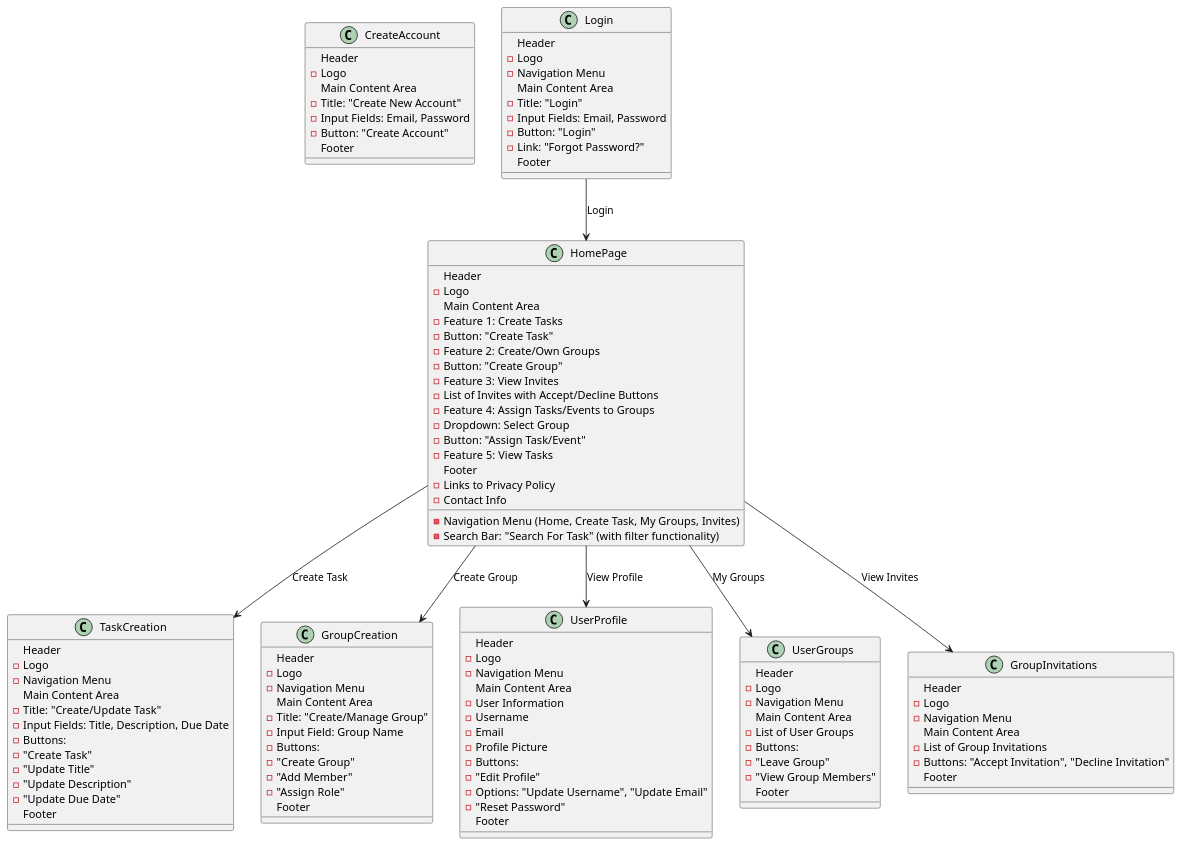
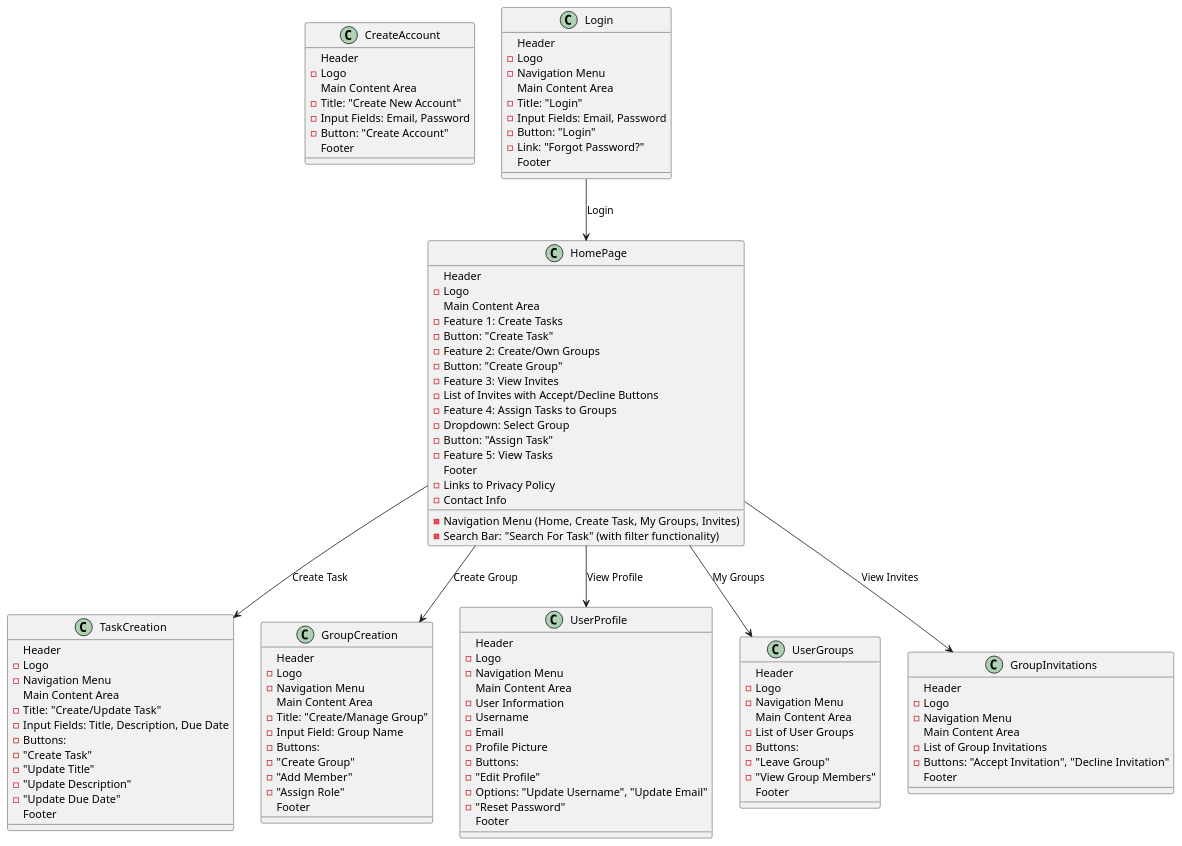
Before and after one commit to OmerEgeOzyaba/CSCI3100-project: the diagram in documentation/Design_Implementation/user_interface.puml, drawn with PlantUML.

```diff
--- a/documentation/Design_Implementation/user_interface.puml
+++ b/documentation/Design_Implementation/user_interface.puml
@@ -1,118 +1,118 @@
 @startuml
 class CreateAccount {
   Header
   - Logo
   Main Content Area
   - Title: "Create New Account"
   - Input Fields: Email, Password
   - Button: "Create Account"
   Footer
 }
 
 class Login {
   Header
   - Logo
   - Navigation Menu
   Main Content Area
   - Title: "Login"
   - Input Fields: Email, Password
   - Button: "Login"
   - Link: "Forgot Password?"
   Footer
 }
 
 class HomePage {
   Header
   - Logo
   - Navigation Menu (Home, Create Task, My Groups, Invites)
   Main Content Area
   - Feature 1: Create Tasks
     - Button: "Create Task"
   - Feature 2: Create/Own Groups
     - Button: "Create Group"
   - Feature 3: View Invites
     - List of Invites with Accept/Decline Buttons
-  - Feature 4: Assign Tasks/Events to Groups
+  - Feature 4: Assign Tasks to Groups
     - Dropdown: Select Group
-    - Button: "Assign Task/Event"
+    - Button: "Assign Task"
   - Feature 5: View Tasks
     - Search Bar: "Search For Task" (with filter functionality)
   Footer
   - Links to Privacy Policy
   - Contact Info
 }
 
 class TaskCreation {
   Header
   - Logo
   - Navigation Menu
   Main Content Area
   - Title: "Create/Update Task"
   - Input Fields: Title, Description, Due Date
   - Buttons:
     - "Create Task"
     - "Update Title"
     - "Update Description"
     - "Update Due Date"
   Footer
 }
 
 class GroupCreation {
   Header
   - Logo
   - Navigation Menu
   Main Content Area
   - Title: "Create/Manage Group"
   - Input Field: Group Name
   - Buttons:
     - "Create Group"
     - "Add Member"
     - "Assign Role"
   Footer
 }
 
 class UserProfile {
   Header
   - Logo
   - Navigation Menu
   Main Content Area
   - User Information
     - Username
     - Email
     - Profile Picture
   - Buttons:
     - "Edit Profile"
       - Options: "Update Username", "Update Email"
     - "Reset Password"
   Footer
 }
 
 class UserGroups {
   Header
   - Logo
   - Navigation Menu
   Main Content Area
   - List of User Groups
   - Buttons:
     - "Leave Group"
     - "View Group Members"
   Footer
 }
 
 class GroupInvitations {
   Header
   - Logo
   - Navigation Menu
   Main Content Area
   - List of Group Invitations
     - Buttons: "Accept Invitation", "Decline Invitation"
   Footer
 }
 
 Login --> HomePage : "Login"
 HomePage --> TaskCreation : "Create Task"
 HomePage --> GroupCreation : "Create Group"
 HomePage --> UserProfile : "View Profile"
 HomePage --> UserGroups : "My Groups"
 HomePage --> GroupInvitations : "View Invites"
 @enduml
```
